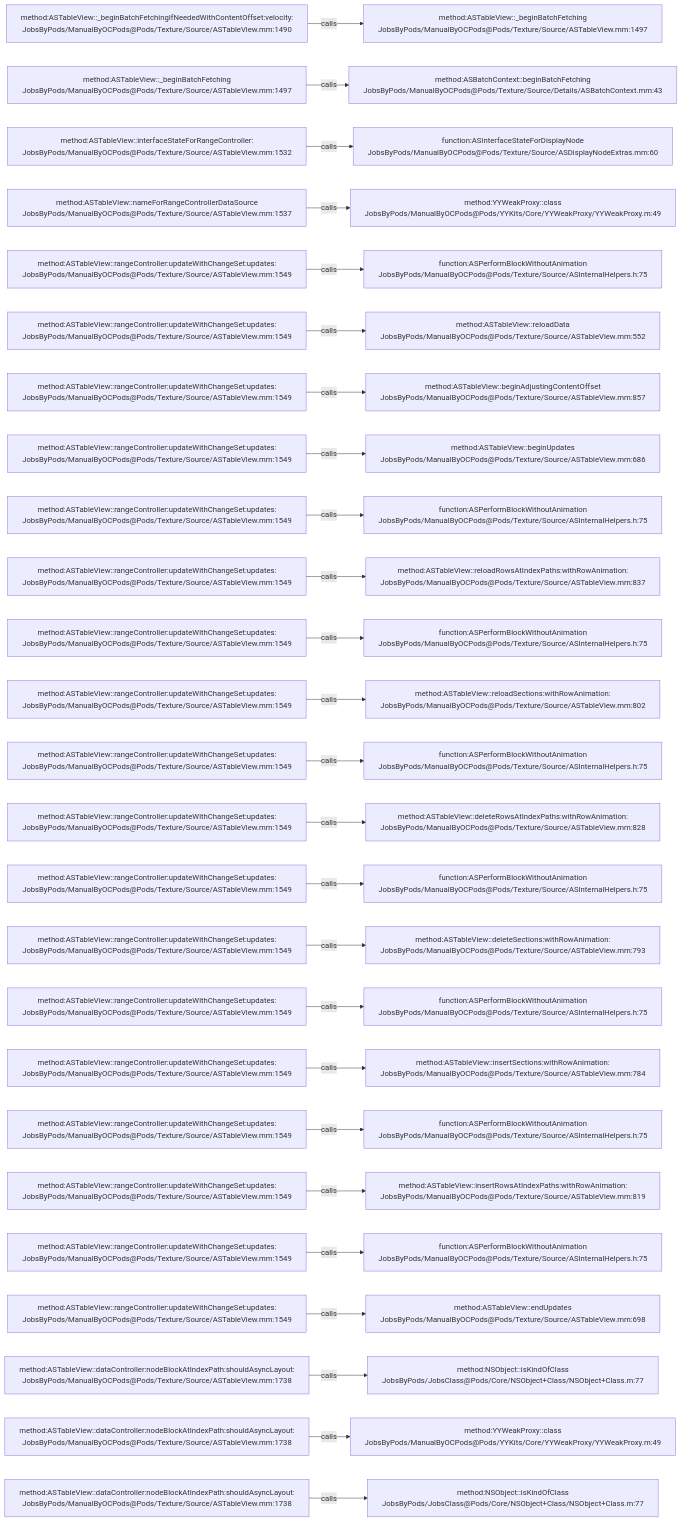
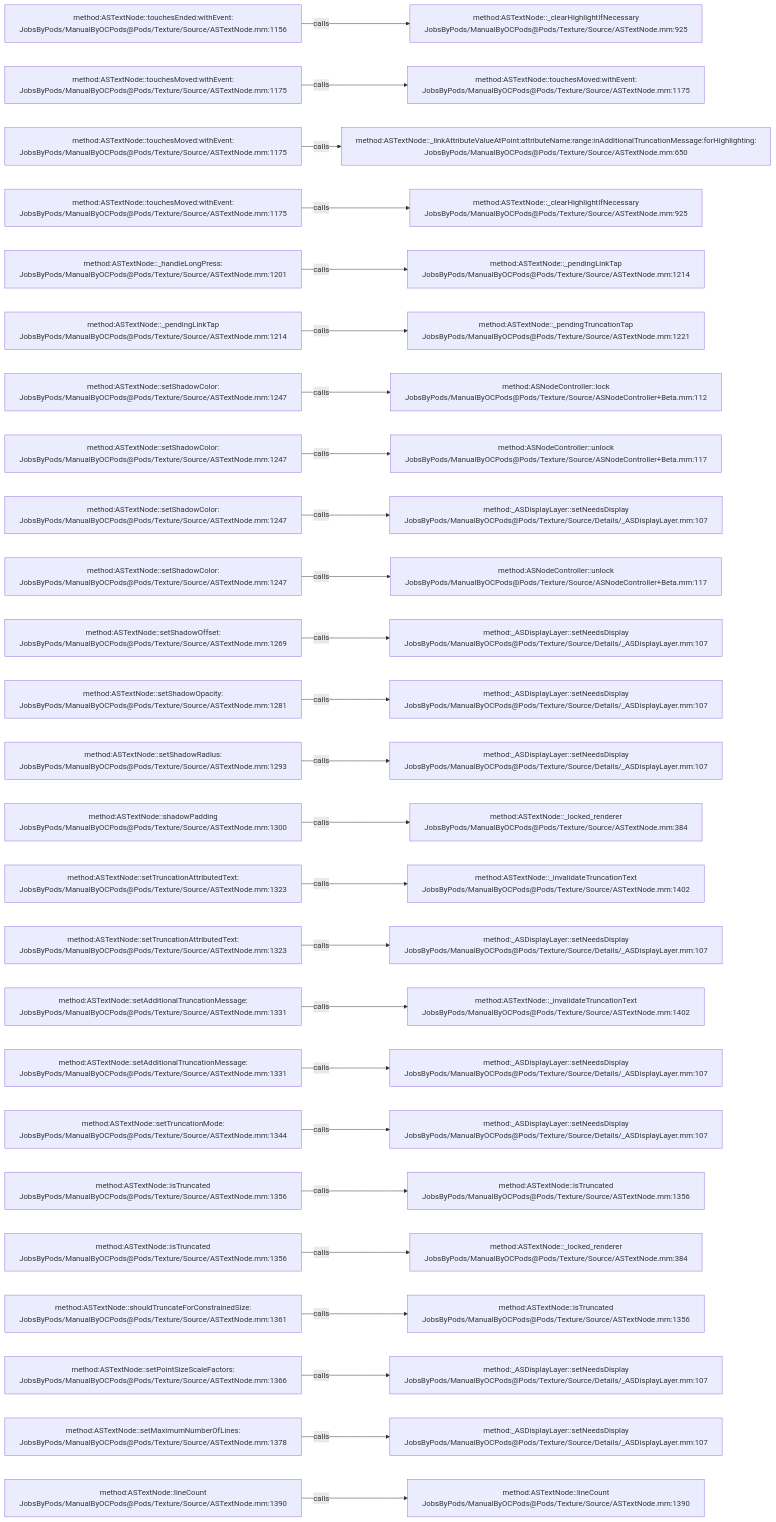
Before and after one commit to JobsKits/JobsOCBaseConfigDemo: the diagram in .codegraph/codegraph.md/graphs/calls-122.md, drawn with Mermaid. The commit also changed 2723 other files, not shown here.

````diff
--- a/.codegraph/codegraph.md/graphs/calls-122.md
+++ b/.codegraph/codegraph.md/graphs/calls-122.md
@@ -13,78 +13,78 @@
 ```mermaid
 flowchart LR
-  S1["method:ASTableView::_beginBatchFetchingIfNeededWithContentOffset:velocity:<br/>JobsByPods/ManualByOCPods@Pods/Texture/Source/ASTableView.mm:1490"]
-  T1["method:ASTableView::_beginBatchFetching<br/>JobsByPods/ManualByOCPods@Pods/Texture/Source/ASTableView.mm:1497"]
+  S1["method:ASTextNode::touchesEnded:withEvent:<br/>JobsByPods/ManualByOCPods@Pods/Texture/Source/ASTextNode.mm:1156"]
+  T1["method:ASTextNode::_clearHighlightIfNecessary<br/>JobsByPods/ManualByOCPods@Pods/Texture/Source/ASTextNode.mm:925"]
   S1 -->|calls| T1
-  S2["method:ASTableView::_beginBatchFetching<br/>JobsByPods/ManualByOCPods@Pods/Texture/Source/ASTableView.mm:1497"]
-  T2["method:ASBatchContext::beginBatchFetching<br/>JobsByPods/ManualByOCPods@Pods/Texture/Source/Details/ASBatchContext.mm:43"]
+  S2["method:ASTextNode::touchesMoved:withEvent:<br/>JobsByPods/ManualByOCPods@Pods/Texture/Source/ASTextNode.mm:1175"]
+  T2["method:ASTextNode::touchesMoved:withEvent:<br/>JobsByPods/ManualByOCPods@Pods/Texture/Source/ASTextNode.mm:1175"]
   S2 -->|calls| T2
-  S3["method:ASTableView::interfaceStateForRangeController:<br/>JobsByPods/ManualByOCPods@Pods/Texture/Source/ASTableView.mm:1532"]
-  T3["function:ASInterfaceStateForDisplayNode<br/>JobsByPods/ManualByOCPods@Pods/Texture/Source/ASDisplayNodeExtras.mm:60"]
+  S3["method:ASTextNode::touchesMoved:withEvent:<br/>JobsByPods/ManualByOCPods@Pods/Texture/Source/ASTextNode.mm:1175"]
+  T3["method:ASTextNode::_linkAttributeValueAtPoint:attributeName:range:inAdditionalTruncationMessage:forHighlighting:<br/>JobsByPods/ManualByOCPods@Pods/Texture/Source/ASTextNode.mm:650"]
   S3 -->|calls| T3
-  S4["method:ASTableView::nameForRangeControllerDataSource<br/>JobsByPods/ManualByOCPods@Pods/Texture/Source/ASTableView.mm:1537"]
-  T4["method:YYWeakProxy::class<br/>JobsByPods/ManualByOCPods@Pods/YYKits/Core/YYWeakProxy/YYWeakProxy.m:49"]
+  S4["method:ASTextNode::touchesMoved:withEvent:<br/>JobsByPods/ManualByOCPods@Pods/Texture/Source/ASTextNode.mm:1175"]
+  T4["method:ASTextNode::_clearHighlightIfNecessary<br/>JobsByPods/ManualByOCPods@Pods/Texture/Source/ASTextNode.mm:925"]
   S4 -->|calls| T4
-  S5["method:ASTableView::rangeController:updateWithChangeSet:updates:<br/>JobsByPods/ManualByOCPods@Pods/Texture/Source/ASTableView.mm:1549"]
-  T5["function:ASPerformBlockWithoutAnimation<br/>JobsByPods/ManualByOCPods@Pods/Texture/Source/ASInternalHelpers.h:75"]
+  S5["method:ASTextNode::_handleLongPress:<br/>JobsByPods/ManualByOCPods@Pods/Texture/Source/ASTextNode.mm:1201"]
+  T5["method:ASTextNode::_pendingLinkTap<br/>JobsByPods/ManualByOCPods@Pods/Texture/Source/ASTextNode.mm:1214"]
   S5 -->|calls| T5
-  S6["method:ASTableView::rangeController:updateWithChangeSet:updates:<br/>JobsByPods/ManualByOCPods@Pods/Texture/Source/ASTableView.mm:1549"]
-  T6["method:ASTableView::reloadData<br/>JobsByPods/ManualByOCPods@Pods/Texture/Source/ASTableView.mm:552"]
+  S6["method:ASTextNode::_pendingLinkTap<br/>JobsByPods/ManualByOCPods@Pods/Texture/Source/ASTextNode.mm:1214"]
+  T6["method:ASTextNode::_pendingTruncationTap<br/>JobsByPods/ManualByOCPods@Pods/Texture/Source/ASTextNode.mm:1221"]
   S6 -->|calls| T6
-  S7["method:ASTableView::rangeController:updateWithChangeSet:updates:<br/>JobsByPods/ManualByOCPods@Pods/Texture/Source/ASTableView.mm:1549"]
-  T7["method:ASTableView::beginAdjustingContentOffset<br/>JobsByPods/ManualByOCPods@Pods/Texture/Source/ASTableView.mm:857"]
+  S7["method:ASTextNode::setShadowColor:<br/>JobsByPods/ManualByOCPods@Pods/Texture/Source/ASTextNode.mm:1247"]
+  T7["method:ASNodeController::lock<br/>JobsByPods/ManualByOCPods@Pods/Texture/Source/ASNodeController+Beta.mm:112"]
   S7 -->|calls| T7
-  S8["method:ASTableView::rangeController:updateWithChangeSet:updates:<br/>JobsByPods/ManualByOCPods@Pods/Texture/Source/ASTableView.mm:1549"]
-  T8["method:ASTableView::beginUpdates<br/>JobsByPods/ManualByOCPods@Pods/Texture/Source/ASTableView.mm:686"]
+  S8["method:ASTextNode::setShadowColor:<br/>JobsByPods/ManualByOCPods@Pods/Texture/Source/ASTextNode.mm:1247"]
+  T8["method:ASNodeController::unlock<br/>JobsByPods/ManualByOCPods@Pods/Texture/Source/ASNodeController+Beta.mm:117"]
   S8 -->|calls| T8
-  S9["method:ASTableView::rangeController:updateWithChangeSet:updates:<br/>JobsByPods/ManualByOCPods@Pods/Texture/Source/ASTableView.mm:1549"]
-  T9["function:ASPerformBlockWithoutAnimation<br/>JobsByPods/ManualByOCPods@Pods/Texture/Source/ASInternalHelpers.h:75"]
+  S9["method:ASTextNode::setShadowColor:<br/>JobsByPods/ManualByOCPods@Pods/Texture/Source/ASTextNode.mm:1247"]
+  T9["method:_ASDisplayLayer::setNeedsDisplay<br/>JobsByPods/ManualByOCPods@Pods/Texture/Source/Details/_ASDisplayLayer.mm:107"]
   S9 -->|calls| T9
-  S10["method:ASTableView::rangeController:updateWithChangeSet:updates:<br/>JobsByPods/ManualByOCPods@Pods/Texture/Source/ASTableView.mm:1549"]
-  T10["method:ASTableView::reloadRowsAtIndexPaths:withRowAnimation:<br/>JobsByPods/ManualByOCPods@Pods/Texture/Source/ASTableView.mm:837"]
+  S10["method:ASTextNode::setShadowColor:<br/>JobsByPods/ManualByOCPods@Pods/Texture/Source/ASTextNode.mm:1247"]
+  T10["method:ASNodeController::unlock<br/>JobsByPods/ManualByOCPods@Pods/Texture/Source/ASNodeController+Beta.mm:117"]
   S10 -->|calls| T10
-  S11["method:ASTableView::rangeController:updateWithChangeSet:updates:<br/>JobsByPods/ManualByOCPods@Pods/Texture/Source/ASTableView.mm:1549"]
-  T11["function:ASPerformBlockWithoutAnimation<br/>JobsByPods/ManualByOCPods@Pods/Texture/Source/ASInternalHelpers.h:75"]
+  S11["method:ASTextNode::setShadowOffset:<br/>JobsByPods/ManualByOCPods@Pods/Texture/Source/ASTextNode.mm:1269"]
+  T11["method:_ASDisplayLayer::setNeedsDisplay<br/>JobsByPods/ManualByOCPods@Pods/Texture/Source/Details/_ASDisplayLayer.mm:107"]
   S11 -->|calls| T11
-  S12["method:ASTableView::rangeController:updateWithChangeSet:updates:<br/>JobsByPods/ManualByOCPods@Pods/Texture/Source/ASTableView.mm:1549"]
-  T12["method:ASTableView::reloadSections:withRowAnimation:<br/>JobsByPods/ManualByOCPods@Pods/Texture/Source/ASTableView.mm:802"]
+  S12["method:ASTextNode::setShadowOpacity:<br/>JobsByPods/ManualByOCPods@Pods/Texture/Source/ASTextNode.mm:1281"]
+  T12["method:_ASDisplayLayer::setNeedsDisplay<br/>JobsByPods/ManualByOCPods@Pods/Texture/Source/Details/_ASDisplayLayer.mm:107"]
   S12 -->|calls| T12
-  S13["method:ASTableView::rangeController:updateWithChangeSet:updates:<br/>JobsByPods/ManualByOCPods@Pods/Texture/Source/ASTableView.mm:1549"]
-  T13["function:ASPerformBlockWithoutAnimation<br/>JobsByPods/ManualByOCPods@Pods/Texture/Source/ASInternalHelpers.h:75"]
+  S13["method:ASTextNode::setShadowRadius:<br/>JobsByPods/ManualByOCPods@Pods/Texture/Source/ASTextNode.mm:1293"]
+  T13["method:_ASDisplayLayer::setNeedsDisplay<br/>JobsByPods/ManualByOCPods@Pods/Texture/Source/Details/_ASDisplayLayer.mm:107"]
   S13 -->|calls| T13
-  S14["method:ASTableView::rangeController:updateWithChangeSet:updates:<br/>JobsByPods/ManualByOCPods@Pods/Texture/Source/ASTableView.mm:1549"]
-  T14["method:ASTableView::deleteRowsAtIndexPaths:withRowAnimation:<br/>JobsByPods/ManualByOCPods@Pods/Texture/Source/ASTableView.mm:828"]
+  S14["method:ASTextNode::shadowPadding<br/>JobsByPods/ManualByOCPods@Pods/Texture/Source/ASTextNode.mm:1300"]
+  T14["method:ASTextNode::_locked_renderer<br/>JobsByPods/ManualByOCPods@Pods/Texture/Source/ASTextNode.mm:384"]
   S14 -->|calls| T14
-  S15["method:ASTableView::rangeController:updateWithChangeSet:updates:<br/>JobsByPods/ManualByOCPods@Pods/Texture/Source/ASTableView.mm:1549"]
-  T15["function:ASPerformBlockWithoutAnimation<br/>JobsByPods/ManualByOCPods@Pods/Texture/Source/ASInternalHelpers.h:75"]
+  S15["method:ASTextNode::setTruncationAttributedText:<br/>JobsByPods/ManualByOCPods@Pods/Texture/Source/ASTextNode.mm:1323"]
+  T15["method:ASTextNode::_invalidateTruncationText<br/>JobsByPods/ManualByOCPods@Pods/Texture/Source/ASTextNode.mm:1402"]
   S15 -->|calls| T15
-  S16["method:ASTableView::rangeController:updateWithChangeSet:updates:<br/>JobsByPods/ManualByOCPods@Pods/Texture/Source/ASTableView.mm:1549"]
-  T16["method:ASTableView::deleteSections:withRowAnimation:<br/>JobsByPods/ManualByOCPods@Pods/Texture/Source/ASTableView.mm:793"]
+  S16["method:ASTextNode::setTruncationAttributedText:<br/>JobsByPods/ManualByOCPods@Pods/Texture/Source/ASTextNode.mm:1323"]
+  T16["method:_ASDisplayLayer::setNeedsDisplay<br/>JobsByPods/ManualByOCPods@Pods/Texture/Source/Details/_ASDisplayLayer.mm:107"]
   S16 -->|calls| T16
-  S17["method:ASTableView::rangeController:updateWithChangeSet:updates:<br/>JobsByPods/ManualByOCPods@Pods/Texture/Source/ASTableView.mm:1549"]
-  T17["function:ASPerformBlockWithoutAnimation<br/>JobsByPods/ManualByOCPods@Pods/Texture/Source/ASInternalHelpers.h:75"]
+  S17["method:ASTextNode::setAdditionalTruncationMessage:<br/>JobsByPods/ManualByOCPods@Pods/Texture/Source/ASTextNode.mm:1331"]
+  T17["method:ASTextNode::_invalidateTruncationText<br/>JobsByPods/ManualByOCPods@Pods/Texture/Source/ASTextNode.mm:1402"]
   S17 -->|calls| T17
-  S18["method:ASTableView::rangeController:updateWithChangeSet:updates:<br/>JobsByPods/ManualByOCPods@Pods/Texture/Source/ASTableView.mm:1549"]
-  T18["method:ASTableView::insertSections:withRowAnimation:<br/>JobsByPods/ManualByOCPods@Pods/Texture/Source/ASTableView.mm:784"]
+  S18["method:ASTextNode::setAdditionalTruncationMessage:<br/>JobsByPods/ManualByOCPods@Pods/Texture/Source/ASTextNode.mm:1331"]
+  T18["method:_ASDisplayLayer::setNeedsDisplay<br/>JobsByPods/ManualByOCPods@Pods/Texture/Source/Details/_ASDisplayLayer.mm:107"]
   S18 -->|calls| T18
-  S19["method:ASTableView::rangeController:updateWithChangeSet:updates:<br/>JobsByPods/ManualByOCPods@Pods/Texture/Source/ASTableView.mm:1549"]
-  T19["function:ASPerformBlockWithoutAnimation<br/>JobsByPods/ManualByOCPods@Pods/Texture/Source/ASInternalHelpers.h:75"]
+  S19["method:ASTextNode::setTruncationMode:<br/>JobsByPods/ManualByOCPods@Pods/Texture/Source/ASTextNode.mm:1344"]
+  T19["method:_ASDisplayLayer::setNeedsDisplay<br/>JobsByPods/ManualByOCPods@Pods/Texture/Source/Details/_ASDisplayLayer.mm:107"]
   S19 -->|calls| T19
-  S20["method:ASTableView::rangeController:updateWithChangeSet:updates:<br/>JobsByPods/ManualByOCPods@Pods/Texture/Source/ASTableView.mm:1549"]
-  T20["method:ASTableView::insertRowsAtIndexPaths:withRowAnimation:<br/>JobsByPods/ManualByOCPods@Pods/Texture/Source/ASTableView.mm:819"]
+  S20["method:ASTextNode::isTruncated<br/>JobsByPods/ManualByOCPods@Pods/Texture/Source/ASTextNode.mm:1356"]
+  T20["method:ASTextNode::isTruncated<br/>JobsByPods/ManualByOCPods@Pods/Texture/Source/ASTextNode.mm:1356"]
   S20 -->|calls| T20
-  S21["method:ASTableView::rangeController:updateWithChangeSet:updates:<br/>JobsByPods/ManualByOCPods@Pods/Texture/Source/ASTableView.mm:1549"]
-  T21["function:ASPerformBlockWithoutAnimation<br/>JobsByPods/ManualByOCPods@Pods/Texture/Source/ASInternalHelpers.h:75"]
+  S21["method:ASTextNode::isTruncated<br/>JobsByPods/ManualByOCPods@Pods/Texture/Source/ASTextNode.mm:1356"]
+  T21["method:ASTextNode::_locked_renderer<br/>JobsByPods/ManualByOCPods@Pods/Texture/Source/ASTextNode.mm:384"]
   S21 -->|calls| T21
-  S22["method:ASTableView::rangeController:updateWithChangeSet:updates:<br/>JobsByPods/ManualByOCPods@Pods/Texture/Source/ASTableView.mm:1549"]
-  T22["method:ASTableView::endUpdates<br/>JobsByPods/ManualByOCPods@Pods/Texture/Source/ASTableView.mm:698"]
+  S22["method:ASTextNode::shouldTruncateForConstrainedSize:<br/>JobsByPods/ManualByOCPods@Pods/Texture/Source/ASTextNode.mm:1361"]
+  T22["method:ASTextNode::isTruncated<br/>JobsByPods/ManualByOCPods@Pods/Texture/Source/ASTextNode.mm:1356"]
   S22 -->|calls| T22
-  S23["method:ASTableView::dataController:nodeBlockAtIndexPath:shouldAsyncLayout:<br/>JobsByPods/ManualByOCPods@Pods/Texture/Source/ASTableView.mm:1738"]
-  T23["method:NSObject::isKindOfClass<br/>JobsByPods/JobsClass@Pods/Core/NSObject+Class/NSObject+Class.m:77"]
+  S23["method:ASTextNode::setPointSizeScaleFactors:<br/>JobsByPods/ManualByOCPods@Pods/Texture/Source/ASTextNode.mm:1366"]
+  T23["method:_ASDisplayLayer::setNeedsDisplay<br/>JobsByPods/ManualByOCPods@Pods/Texture/Source/Details/_ASDisplayLayer.mm:107"]
   S23 -->|calls| T23
-  S24["method:ASTableView::dataController:nodeBlockAtIndexPath:shouldAsyncLayout:<br/>JobsByPods/ManualByOCPods@Pods/Texture/Source/ASTableView.mm:1738"]
-  T24["method:YYWeakProxy::class<br/>JobsByPods/ManualByOCPods@Pods/YYKits/Core/YYWeakProxy/YYWeakProxy.m:49"]
+  S24["method:ASTextNode::setMaximumNumberOfLines:<br/>JobsByPods/ManualByOCPods@Pods/Texture/Source/ASTextNode.mm:1378"]
+  T24["method:_ASDisplayLayer::setNeedsDisplay<br/>JobsByPods/ManualByOCPods@Pods/Texture/Source/Details/_ASDisplayLayer.mm:107"]
   S24 -->|calls| T24
-  S25["method:ASTableView::dataController:nodeBlockAtIndexPath:shouldAsyncLayout:<br/>JobsByPods/ManualByOCPods@Pods/Texture/Source/ASTableView.mm:1738"]
-  T25["method:NSObject::isKindOfClass<br/>JobsByPods/JobsClass@Pods/Core/NSObject+Class/NSObject+Class.m:77"]
+  S25["method:ASTextNode::lineCount<br/>JobsByPods/ManualByOCPods@Pods/Texture/Source/ASTextNode.mm:1390"]
+  T25["method:ASTextNode::lineCount<br/>JobsByPods/ManualByOCPods@Pods/Texture/Source/ASTextNode.mm:1390"]
   S25 -->|calls| T25
 ```
````
